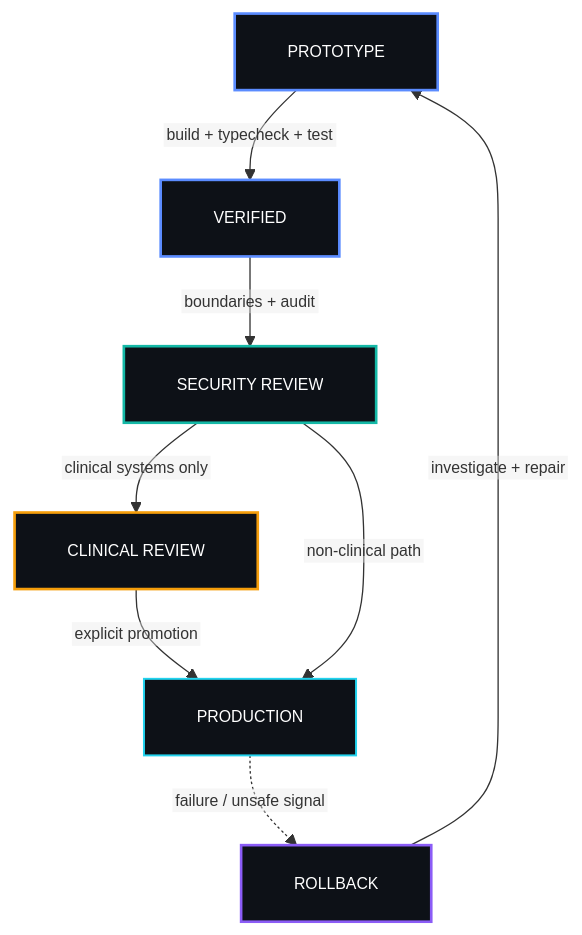
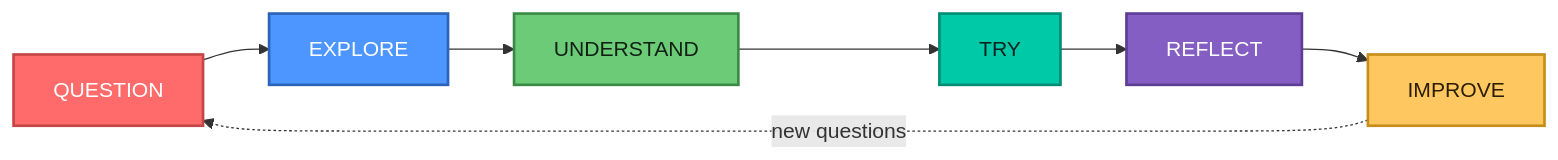
Before and after one commit to drferdii/drferdii: the first of 2 diagrams in README.md, drawn with Mermaid. The commit also changed other lines of this file, not shown here.

````diff
--- a/README.md
+++ b/README.md
@@ -745,31 +263,23 @@
 ```mermaid
-%%{init: {"flowchart": {"htmlLabels": false, "padding": 20}, "themeVariables": {"fontFamily": "monospace", "fontSize": "12px"}}}%%
-flowchart TB
-  PROTO["PROTOTYPE"]
-  VERIFY["VERIFIED"]
-  SEC["SECURITY REVIEW"]
-  CLIN["CLINICAL REVIEW"]
-  PROD["PRODUCTION"]
-  ROLL["ROLLBACK"]
+flowchart LR
+    Q["QUESTION"] --> E["EXPLORE"]
+    E --> U["UNDERSTAND"]
+    U --> T["TRY"]
+    T --> R["REFLECT"]
+    R --> I["IMPROVE"]
+    I -. "new questions" .-> Q
 
-  PROTO -->|build + typecheck + test| VERIFY
-  VERIFY -->|boundaries + audit| SEC
-  SEC -->|clinical systems only| CLIN
-  CLIN -->|explicit promotion| PROD
-  SEC -->|non-clinical path| PROD
-  PROD -. failure / unsafe signal .-> ROLL
-  ROLL -->|investigate + repair| PROTO
+    classDef coral fill:#FF6B6B,stroke:#C44545,color:#ffffff,stroke-width:2px;
+    classDef blue fill:#4D96FF,stroke:#2B63B8,color:#ffffff,stroke-width:2px;
+    classDef green fill:#6BCB77,stroke:#3A8A46,color:#102114,stroke-width:2px;
+    classDef teal fill:#00C9A7,stroke:#008C74,color:#06231E,stroke-width:2px;
+    classDef purple fill:#845EC2,stroke:#5E3D95,color:#ffffff,stroke-width:2px;
+    classDef gold fill:#FFC75F,stroke:#C58E18,color:#2A1D00,stroke-width:2px;
 
-  classDef authority fill:#0D1117,stroke:#F59E0B,color:#ffffff,stroke-width:2px;
-  classDef agent fill:#0D1117,stroke:#8B5CF6,color:#ffffff,stroke-width:2px;
-  classDef control fill:#0D1117,stroke:#14B8A6,color:#ffffff,stroke-width:2px;
-  classDef core fill:#0D1117,stroke:#5B8CFF,color:#ffffff,stroke-width:2px;
-  classDef shared fill:#0D1117,stroke:#64748B,color:#ffffff,stroke-width:1.5px;
-  classDef surface fill:#0D1117,stroke:#22D3EE,color:#ffffff,stroke-width:1.5px;
-
-  class CLIN authority;
-  class SEC control;
-  class PROTO,VERIFY core;
-  class PROD surface;
-  class ROLL agent;
+    class Q coral;
+    class E blue;
+    class U green;
+    class T teal;
+    class R purple;
+    class I gold;
 ```
````
